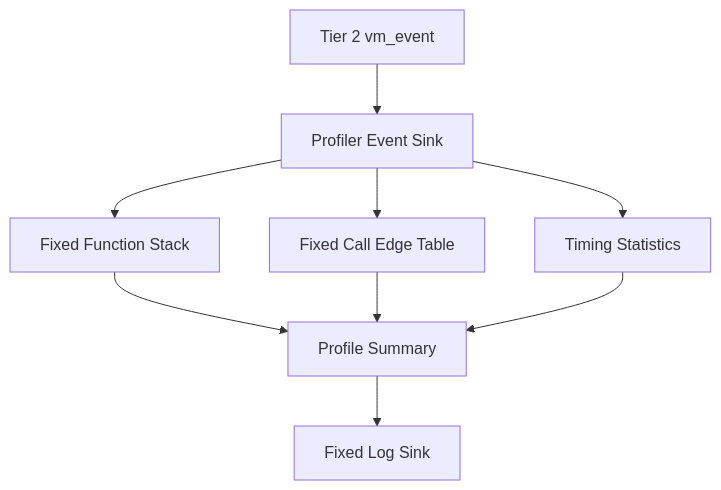
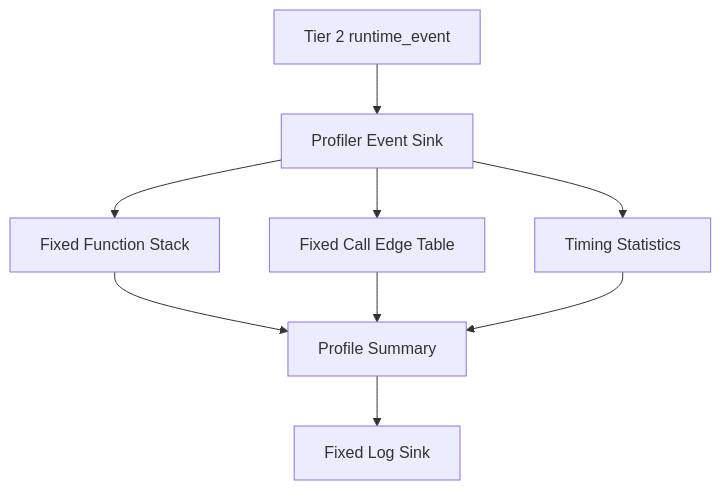
Before and after one commit to kmt-t/fireball: the diagram in docs/components/tier3_plugins/guest_profiler.md, drawn with Mermaid. The commit also changed other lines of this file and 104 other files, not shown here.

````diff
--- a/docs/components/tier3_plugins/guest_profiler.md
+++ b/docs/components/tier3_plugins/guest_profiler.md
@@ -27,11 +27,11 @@
 ```mermaid
 graph TD
-    Events[Tier 2 vm_event] --> Sink[Profiler Event Sink]
+    Events[Tier 2 runtime_event] --> Sink[Profiler Event Sink]
     Sink --> Stack[Fixed Function Stack]
     Sink --> Edges[Fixed Call Edge Table]
     Sink --> Times[Timing Statistics]
     Stack --> Summary[Profile Summary]
     Edges --> Summary
     Times --> Summary
     Summary --> Log[Fixed Log Sink]
 ```
````
